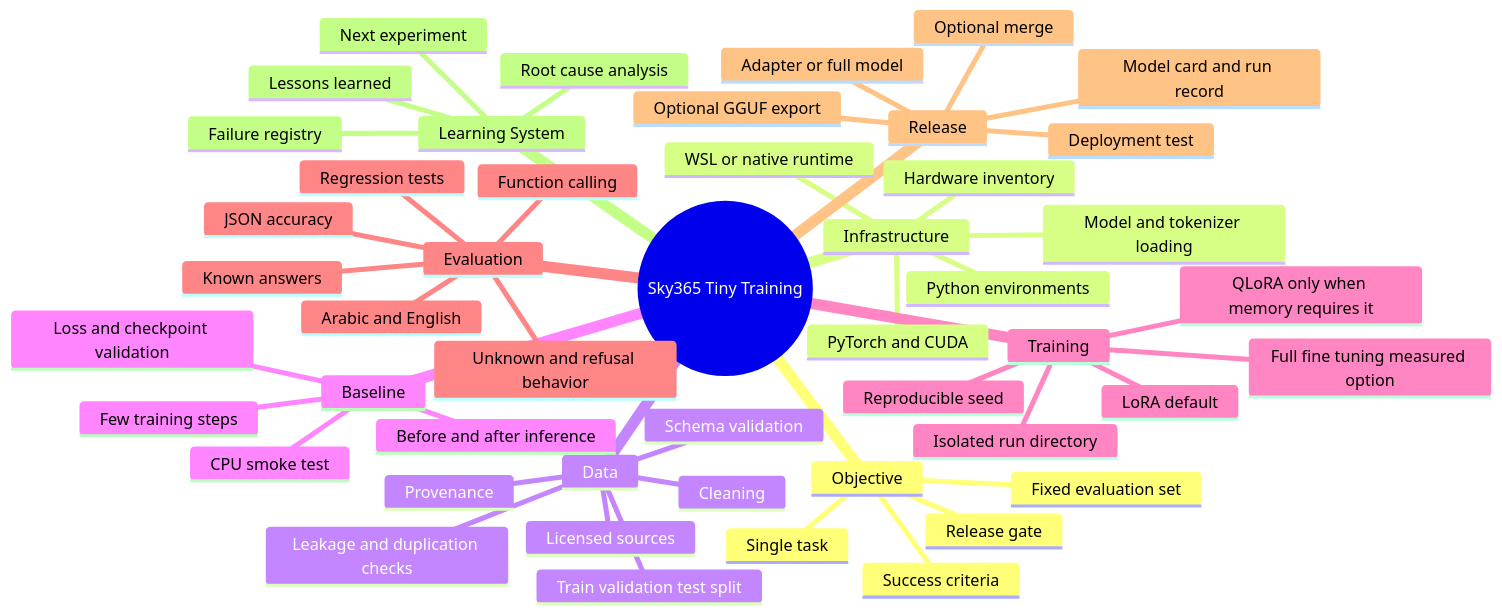
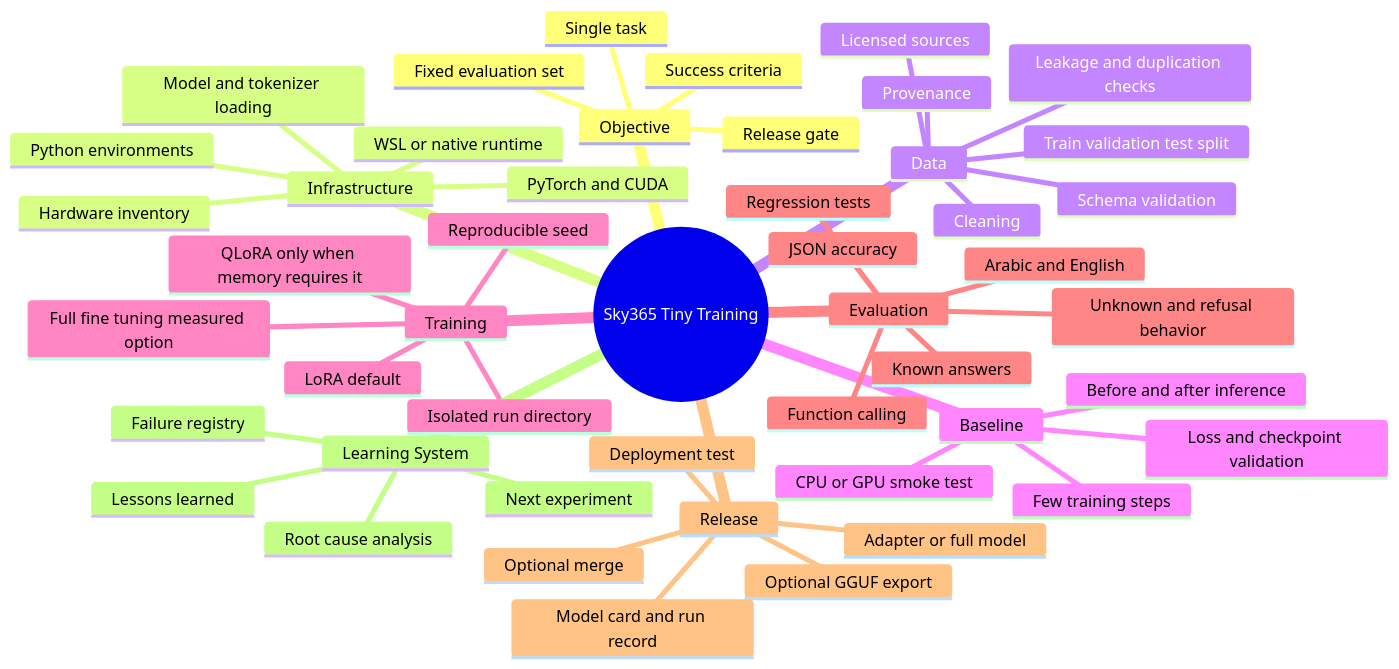
The first of 2 diagrams in docs/TRAINING-PIPELINE.md (saskw2010/Knowledge-OS), drawn with Mermaid before and after one commit. The commit also changed other lines of this file, not shown here.

````diff
--- a/docs/TRAINING-PIPELINE.md
+++ b/docs/TRAINING-PIPELINE.md
@@ -35,51 +57,51 @@
 ```mermaid
 mindmap
   root((Sky365 Tiny Training))
     Objective
       Single task
       Success criteria
       Fixed evaluation set
       Release gate
     Infrastructure
       Hardware inventory
       Python environments
       PyTorch and CUDA
       WSL or native runtime
       Model and tokenizer loading
     Data
       Licensed sources
       Cleaning
       Schema validation
       Train validation test split
       Leakage and duplication checks
       Provenance
     Baseline
-      CPU smoke test
+      CPU or GPU smoke test
       Few training steps
       Loss and checkpoint validation
       Before and after inference
     Training
       LoRA default
       Full fine tuning measured option
       QLoRA only when memory requires it
       Isolated run directory
       Reproducible seed
     Evaluation
       Known answers
       Unknown and refusal behavior
       JSON accuracy
       Function calling
       Arabic and English
       Regression tests
     Release
       Adapter or full model
       Optional merge
       Optional GGUF export
       Deployment test
       Model card and run record
     Learning System
       Failure registry
       Root cause analysis
       Lessons learned
       Next experiment
 ```
````
